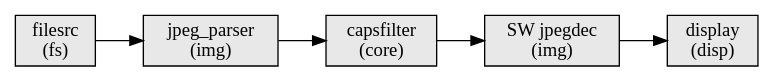
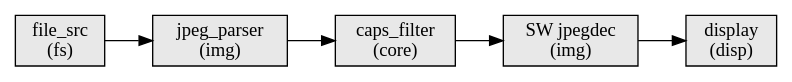
The second of 2 diagrams in samples/subsys/mpipe/jpeg_dec/README.rst (nxp-upstream/zephyr), drawn with Graphviz before and after one commit. The commit also changed other lines of this file and 36 other files, not shown here.

```diff
--- a/samples/subsys/mpipe/jpeg_dec/README.rst
+++ b/samples/subsys/mpipe/jpeg_dec/README.rst
@@ -45,12 +45,12 @@
 .. graphviz::
 
    digraph pipeline_b {
      rankdir=LR;
      node [shape=box, style=filled, fillcolor="#e8e8e8"];
-     filesrc      [label="filesrc\n(fs)"];
+     file_src      [label="file_src\n(fs)"];
      jpeg_parser  [label="jpeg_parser\n(img)"];
-     capsfilter   [label="capsfilter\n(core)"];
+     caps_filter   [label="caps_filter\n(core)"];
      sw_jpegdec   [label="SW jpegdec\n(img)"];
      display      [label="display\n(disp)"];
-     filesrc -> jpeg_parser -> capsfilter -> sw_jpegdec -> display;
+     file_src -> jpeg_parser -> caps_filter -> sw_jpegdec -> display;
    }
```
